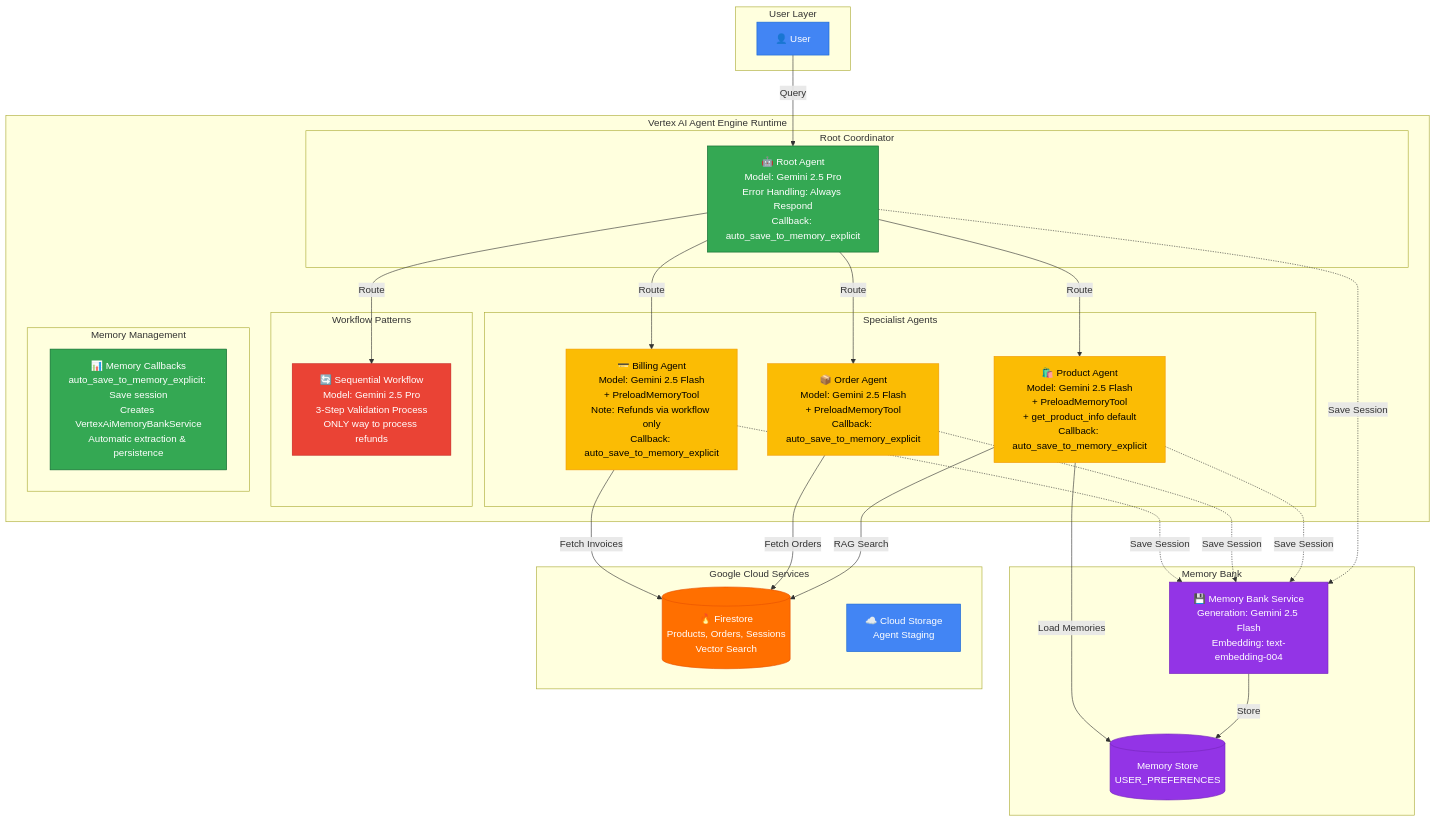
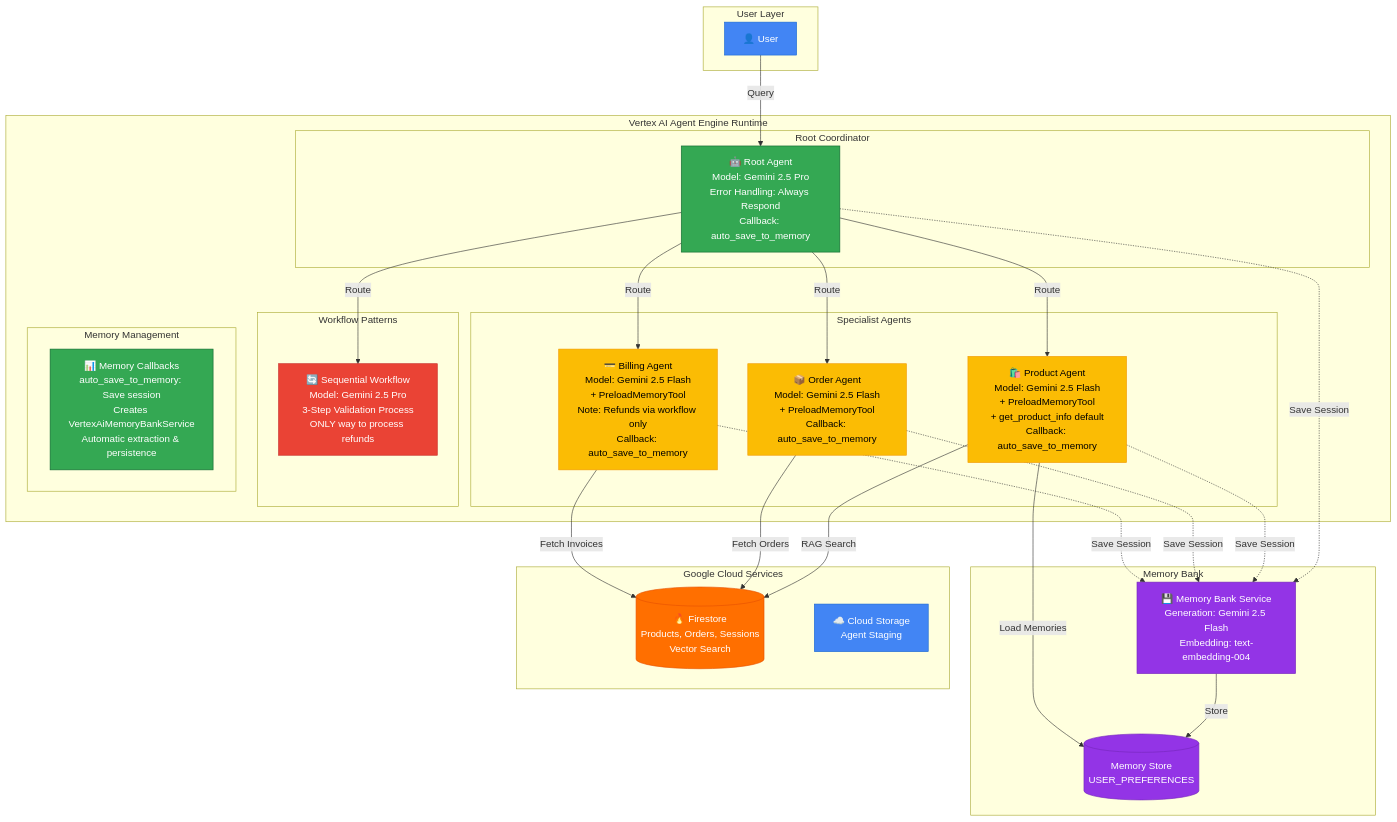
One commit to Saoussen-CH/adk-multiagent-production-template changed the diagram in docs/diagrams/system-overview.mmd. Above: the diagram before and after it, drawn with Mermaid. The commit also changed 5 other files, not shown here.

Commit message:
docs: update diagrams — fix tool counts, callback name, add missing tools [skip ci]

```diff
--- a/docs/diagrams/system-overview.mmd
+++ b/docs/diagrams/system-overview.mmd
@@ -1,67 +1,67 @@
 %% Multi-Agent Customer Support System - System Overview
 %% Google Cloud Platform Style
 
 graph TB
     subgraph "User Layer"
         User[👤 User]
     end
 
     subgraph "Vertex AI Agent Engine Runtime"
         subgraph "Root Coordinator"
-            RootAgent[🤖 Root Agent<br/>Model: Gemini 2.5 Pro<br/>Error Handling: Always Respond<br/>Callback: auto_save_to_memory_explicit]
+            RootAgent[🤖 Root Agent<br/>Model: Gemini 2.5 Pro<br/>Error Handling: Always Respond<br/>Callback: auto_save_to_memory]
         end
 
         subgraph "Specialist Agents"
-            ProductAgent[🛍️ Product Agent<br/>Model: Gemini 2.5 Flash<br/>+ PreloadMemoryTool<br/>+ get_product_info default<br/>Callback: auto_save_to_memory_explicit]
-            OrderAgent[📦 Order Agent<br/>Model: Gemini 2.5 Flash<br/>+ PreloadMemoryTool<br/>Callback: auto_save_to_memory_explicit]
-            BillingAgent[💳 Billing Agent<br/>Model: Gemini 2.5 Flash<br/>+ PreloadMemoryTool<br/>Note: Refunds via workflow only<br/>Callback: auto_save_to_memory_explicit]
+            ProductAgent[🛍️ Product Agent<br/>Model: Gemini 2.5 Flash<br/>+ PreloadMemoryTool<br/>+ get_product_info default<br/>Callback: auto_save_to_memory]
+            OrderAgent[📦 Order Agent<br/>Model: Gemini 2.5 Flash<br/>+ PreloadMemoryTool<br/>Callback: auto_save_to_memory]
+            BillingAgent[💳 Billing Agent<br/>Model: Gemini 2.5 Flash<br/>+ PreloadMemoryTool<br/>Note: Refunds via workflow only<br/>Callback: auto_save_to_memory]
         end
 
         subgraph "Workflow Patterns"
             RefundWorkflow[🔄 Sequential Workflow<br/>Model: Gemini 2.5 Pro<br/>3-Step Validation Process<br/>ONLY way to process refunds]
         end
 
         subgraph "Memory Management"
-            Tracking[📊 Memory Callbacks<br/>auto_save_to_memory_explicit: Save session<br/>Creates VertexAiMemoryBankService<br/>Automatic extraction & persistence]
+            Tracking[📊 Memory Callbacks<br/>auto_save_to_memory: Save session<br/>Creates VertexAiMemoryBankService<br/>Automatic extraction & persistence]
         end
     end
 
     subgraph "Memory Bank"
         MemoryService[💾 Memory Bank Service<br/>Generation: Gemini 2.5 Flash<br/>Embedding: text-embedding-004]
         MemoryStore[(Memory Store<br/>USER_PREFERENCES)]
     end
 
     subgraph "Google Cloud Services"
         Firestore[(🔥 Firestore<br/>Products, Orders, Sessions<br/>Vector Search)]
         CloudStorage[☁️ Cloud Storage<br/>Agent Staging]
     end
 
     User -->|Query| RootAgent
     RootAgent -->|Route| ProductAgent
     RootAgent -->|Route| OrderAgent
     RootAgent -->|Route| BillingAgent
     RootAgent -->|Route| RefundWorkflow
 
     ProductAgent -->|RAG Search| Firestore
     OrderAgent -->|Fetch Orders| Firestore
     BillingAgent -->|Fetch Invoices| Firestore
 
     RootAgent -.->|Save Session| MemoryService
     ProductAgent -.->|Save Session| MemoryService
     OrderAgent -.->|Save Session| MemoryService
     BillingAgent -.->|Save Session| MemoryService
 
     MemoryService -->|Store| MemoryStore
     ProductAgent -->|Load Memories| MemoryStore
 
     style User fill:#4285F4,stroke:#1967D2,color:#fff
     style RootAgent fill:#34A853,stroke:#0D652D,color:#fff
     style ProductAgent fill:#FBBC04,stroke:#F29900,color:#000
     style OrderAgent fill:#FBBC04,stroke:#F29900,color:#000
     style BillingAgent fill:#FBBC04,stroke:#F29900,color:#000
     style RefundWorkflow fill:#EA4335,stroke:#C5221F,color:#fff
     style Tracking fill:#34A853,stroke:#0D652D,color:#fff
     style MemoryService fill:#9334E6,stroke:#7627BB,color:#fff
     style MemoryStore fill:#9334E6,stroke:#7627BB,color:#fff
     style Firestore fill:#FF6F00,stroke:#E65100,color:#fff
     style CloudStorage fill:#4285F4,stroke:#1967D2,color:#fff
```
